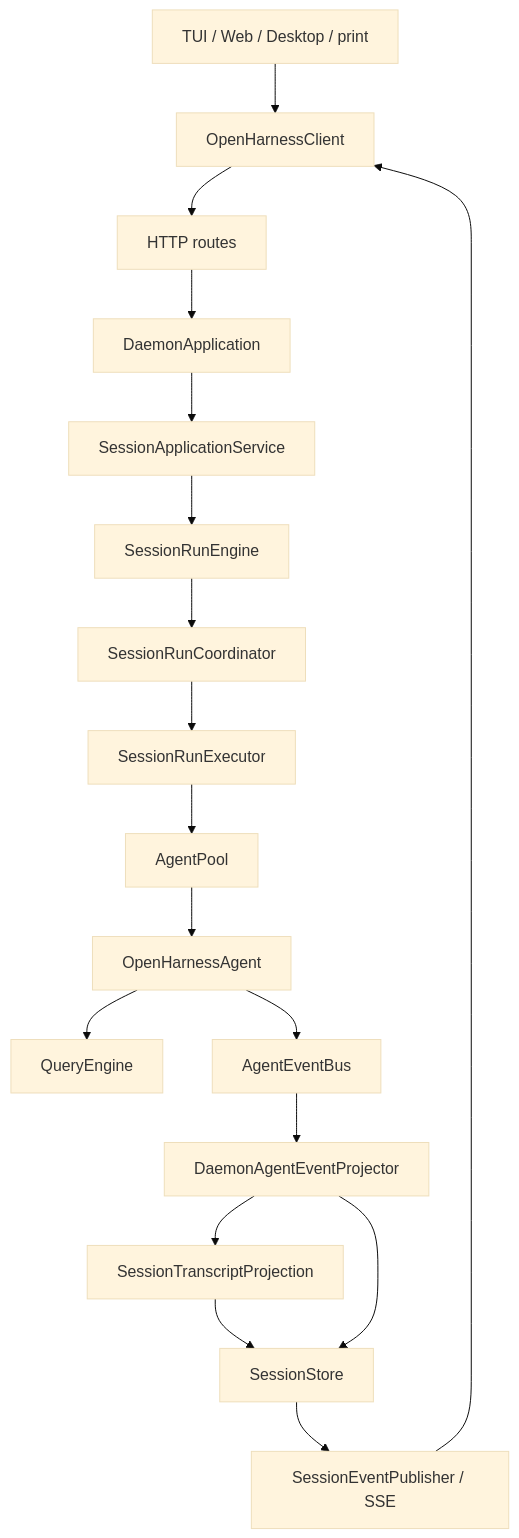
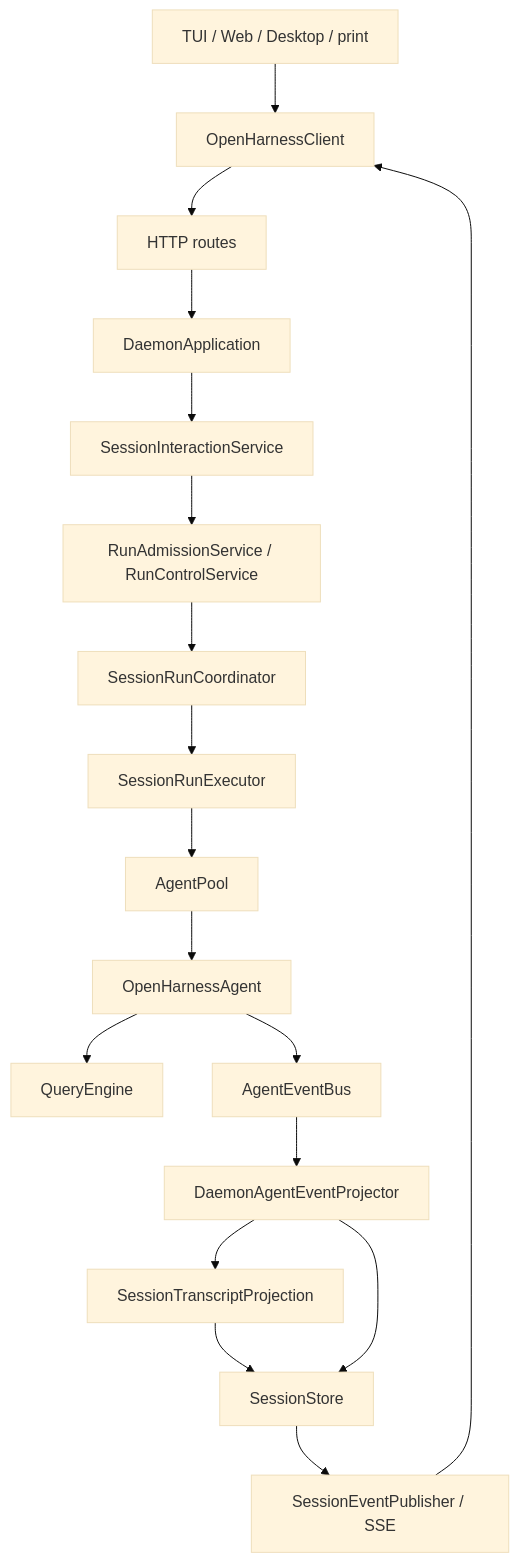
The first of 4 diagrams in docs/daemon-application-architecture.md (rzx007/Vykor), drawn with Mermaid (base theme) before and after one commit. The commit also changed other lines of this file and 28 other files, not shown here.

````diff
--- a/docs/daemon-application-architecture.md
+++ b/docs/daemon-application-architecture.md
@@ -17,24 +17,24 @@
 ```mermaid
 flowchart TD
   Surface["TUI / Web / Desktop / print"]
   Client["OpenHarnessClient"]
   Routes["HTTP routes"]
   Daemon["DaemonApplication"]
-  App["SessionApplicationService"]
-  Engine["SessionRunEngine"]
+  App["SessionInteractionService"]
+  Engine["RunAdmissionService / RunControlService"]
   Lane["SessionRunCoordinator"]
   Executor["SessionRunExecutor"]
   Pool["AgentPool"]
   Agent["OpenHarnessAgent"]
   QE["QueryEngine"]
   Events["AgentEventBus"]
   Projector["DaemonAgentEventProjector"]
   Transcript["SessionTranscriptProjection"]
   Store["SessionStore"]
   SSE["SessionEventPublisher / SSE"]
 
   Surface --> Client --> Routes --> Daemon --> App --> Engine --> Lane --> Executor
   Executor --> Pool --> Agent --> QE
   Agent --> Events --> Projector --> Transcript --> Store --> SSE --> Client
   Projector --> Store
 ```
````
